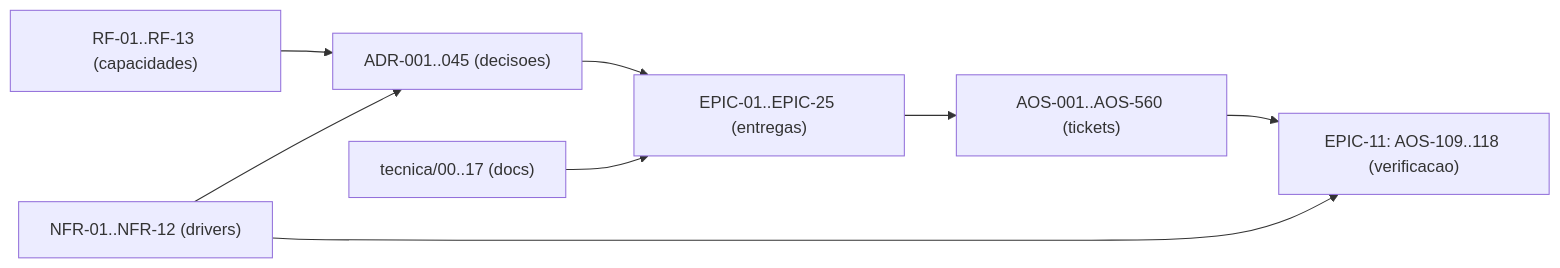
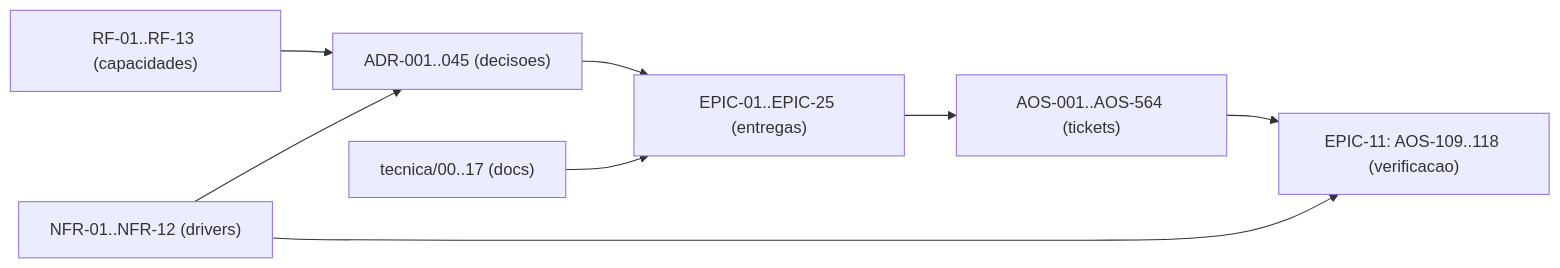
One commit to albinoJimy/aos changed the diagram in tecnica/16_Rastreabilidade_RTM.md. Above: the diagram before and after it, drawn with Mermaid. The commit also changed other lines of this file and 20 other files, not shown here.

````diff
--- a/tecnica/16_Rastreabilidade_RTM.md
+++ b/tecnica/16_Rastreabilidade_RTM.md
@@ -215,10 +214,10 @@
 ```mermaid
 flowchart LR
     RF["RF-01..RF-13 (capacidades)"] --> ADR["ADR-001..045 (decisoes)"]
     NFR["NFR-01..NFR-12 (drivers)"] --> ADR
     ADR --> EPIC["EPIC-01..EPIC-25 (entregas)"]
-    EPIC --> TICK["AOS-001..AOS-560 (tickets)"]
+    EPIC --> TICK["AOS-001..AOS-564 (tickets)"]
     DOC["tecnica/00..17 (docs)"] --> EPIC
     TICK --> TEST["EPIC-11: AOS-109..118 (verificacao)"]
     NFR --> TEST
 ```
````
